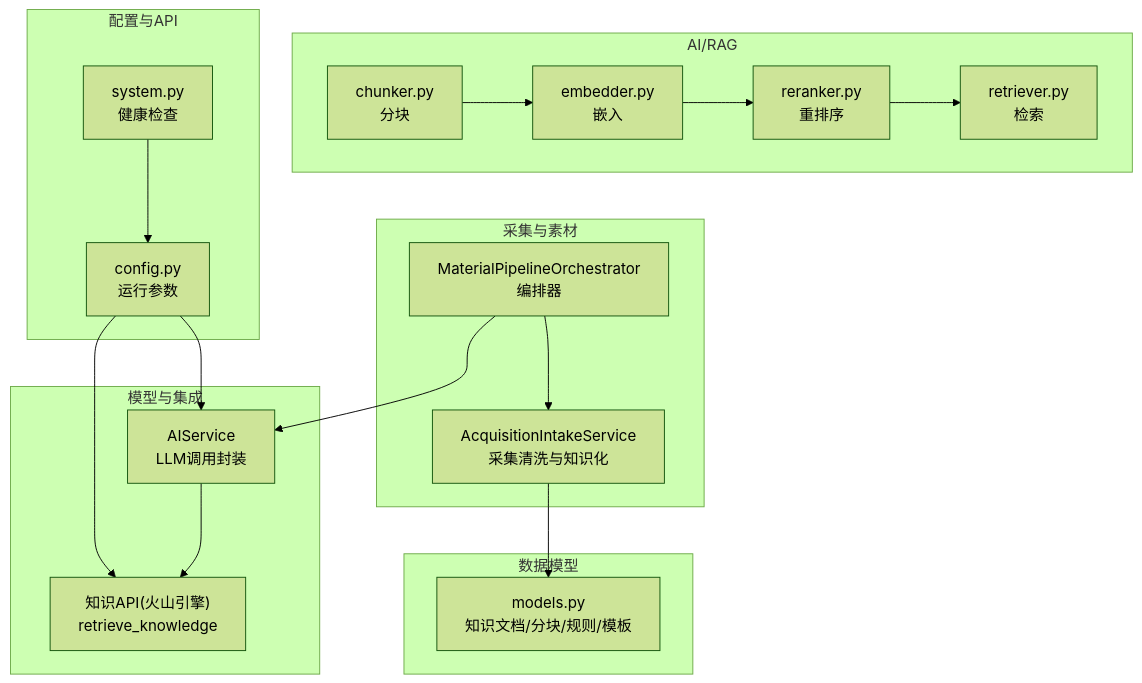
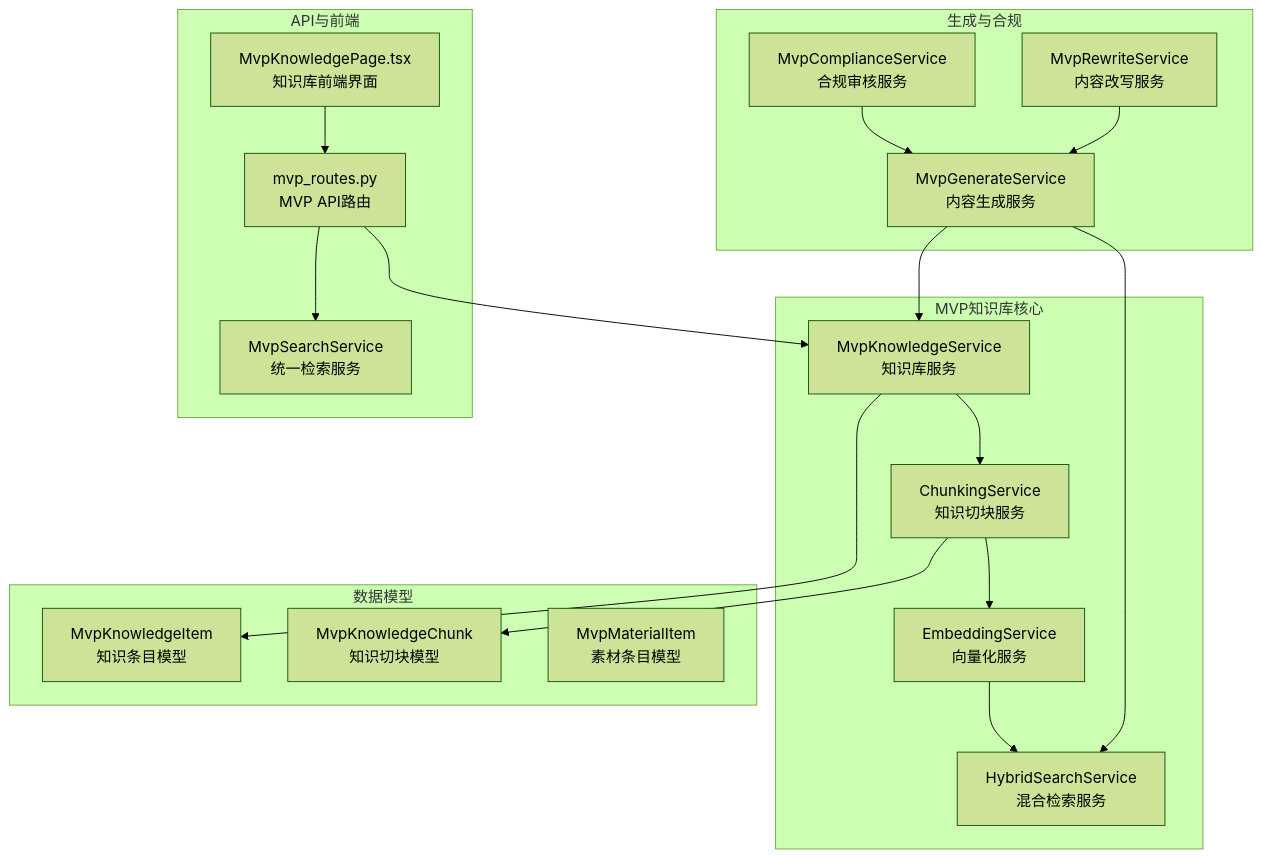
Before and after one commit to dream-ze/AI_huoke-: the first of 6 diagrams in .qoder/repowiki/zh/content/知识管理体系/知识管理体系.md, drawn with Mermaid (forest theme). The commit also changed other lines of this file and 25 other files, not shown here.

````diff
--- a/.qoder/repowiki/zh/content/知识管理体系/知识管理体系.md
+++ b/.qoder/repowiki/zh/content/知识管理体系/知识管理体系.md
@@ -53,32 +58,34 @@
 ```mermaid
 graph TB
-subgraph "采集与素材"
-A["AcquisitionIntakeService<br/>采集清洗与知识化"]
-B["MaterialPipelineOrchestrator<br/>编排器"]
-end
-subgraph "AI/RAG"
-C["chunker.py<br/>分块"]
-D["embedder.py<br/>嵌入"]
-E["reranker.py<br/>重排序"]
-F["retriever.py<br/>检索"]
-end
-subgraph "模型与集成"
-G["AIService<br/>LLM调用封装"]
-H["知识API(火山引擎)<br/>retrieve_knowledge"]
+subgraph "MVP知识库核心"
+A["MvpKnowledgeService<br/>知识库服务"]
+B["ChunkingService<br/>知识切块服务"]
+C["EmbeddingService<br/>向量化服务"]
+D["HybridSearchService<br/>混合检索服务"]
 end
 subgraph "数据模型"
-M["models.py<br/>知识文档/分块/规则/模板"]
+E["MvpKnowledgeItem<br/>知识条目模型"]
+F["MvpKnowledgeChunk<br/>知识切块模型"]
+G["MvpMaterialItem<br/>素材条目模型"]
 end
-subgraph "配置与API"
-P["config.py<br/>运行参数"]
-Q["system.py<br/>健康检查"]
+subgraph "API与前端"
+H["mvp_routes.py<br/>MVP API路由"]
+I["MvpKnowledgePage.tsx<br/>知识库前端界面"]
+J["MvpSearchService<br/>统一检索服务"]
 end
-A --> M
-B --> A
-B --> G
-G --> H
-C --> D --> E --> F
-P --> G
-P --> H
-Q --> P
+subgraph "生成与合规"
+K["MvpGenerateService<br/>内容生成服务"]
+L["MvpComplianceService<br/>合规审核服务"]
+M["MvpRewriteService<br/>内容改写服务"]
+end
+A --> B --> C --> D
+A --> E
+B --> F
+H --> A
+H --> J
+I --> H
+K --> A
+K --> D
+L --> K
+M --> K
 ```
````
